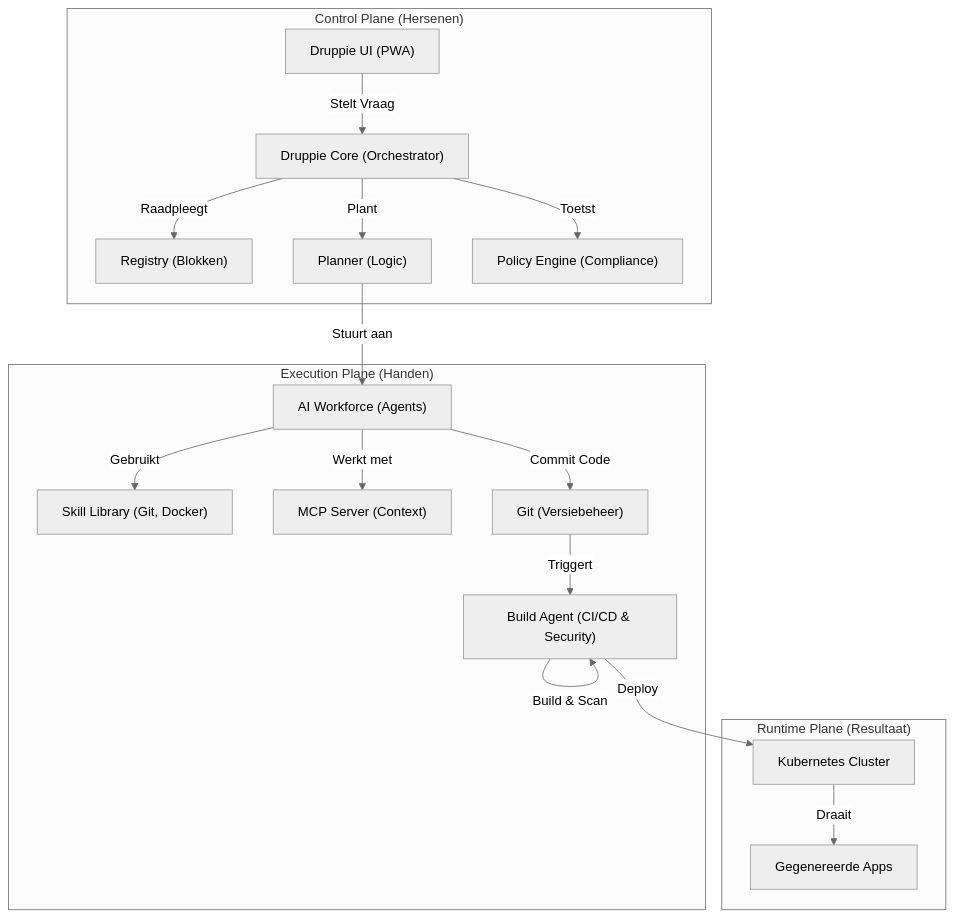
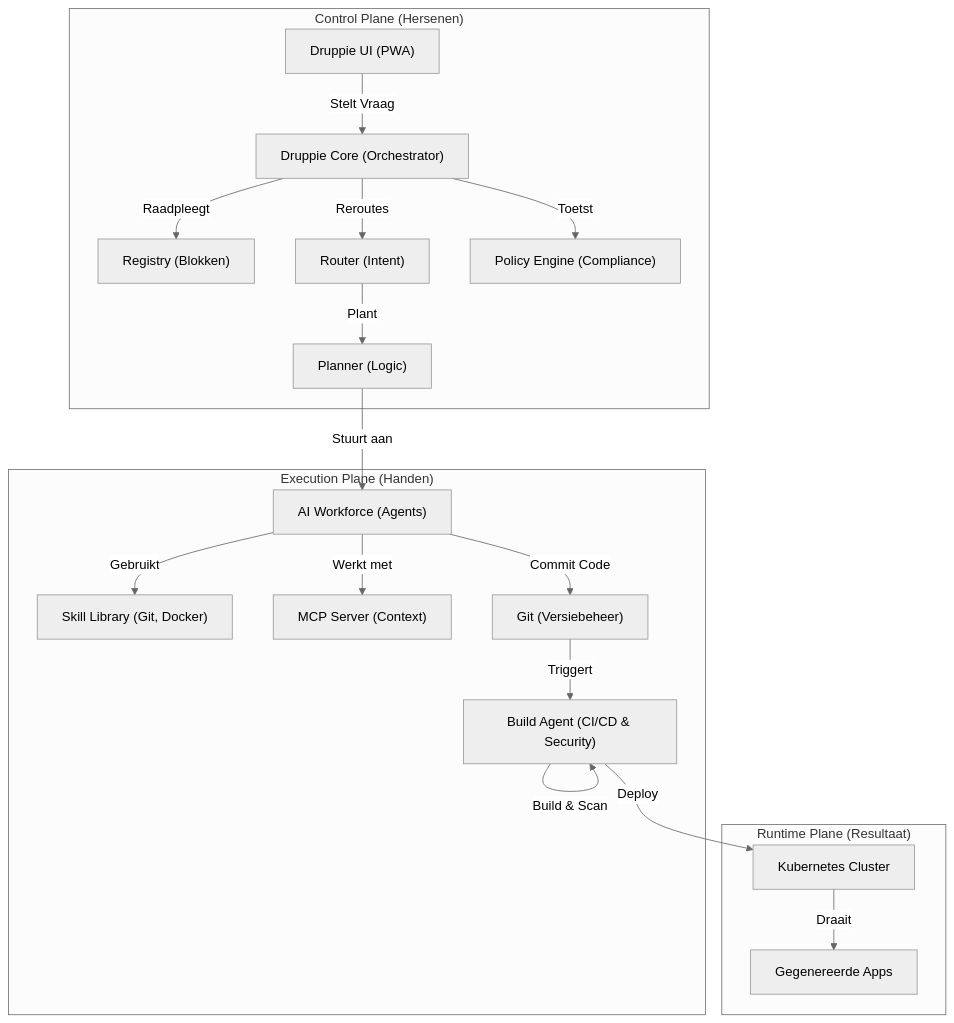
One commit to sjhoeksma/druppie changed the second of 2 diagrams in story/project_brief.md. Above: the diagram before and after it, drawn with Mermaid (neutral theme). The commit also changed other lines of this file and 2 other files, not shown here.

````diff
--- a/story/project_brief.md
+++ b/story/project_brief.md
@@ -117,38 +124,40 @@
 ```mermaid
 graph TD
     subgraph "Control Plane (Hersenen)"
         UI["Druppie UI (PWA)"]
         Core["Druppie Core (Orchestrator)"]
         Registry["Registry (Blokken)"]
+        Router["Router (Intent)"]
         Planner["Planner (Logic)"]
         Policy["Policy Engine (Compliance)"]
     end
 
     subgraph "Execution Plane (Handen)"
         Agents["AI Workforce (Agents)"]
         Skills["Skill Library (Git, Docker)"]
         MCP["MCP Server (Context)"]
         Git["Git (Versiebeheer)"]
         Foundry["Build Agent (CI/CD & Security)"]
     end
 
     subgraph "Runtime Plane (Resultaat)"
         Apps["Gegenereerde Apps"]
         K8s["Kubernetes Cluster"]
     end
 
     UI -->|Stelt Vraag| Core
     Core -->|Raadpleegt| Registry
     Core -->|Toetst| Policy
-    Core -->|Plant| Planner
+    Core -->|Reroutes| Router
+    Router -->|Plant| Planner
     Planner -->|Stuurt aan| Agents
     Agents -->|Gebruikt| Skills
     Agents -->|Werkt met| MCP
     
     %% CI/CD Loop
     Agents -->|Commit Code| Git
     Git -->|Triggert| Foundry
     Foundry -->|Build & Scan| Foundry
     Foundry -->|Deploy| K8s
     K8s -->|Draait| Apps
 ```
````
